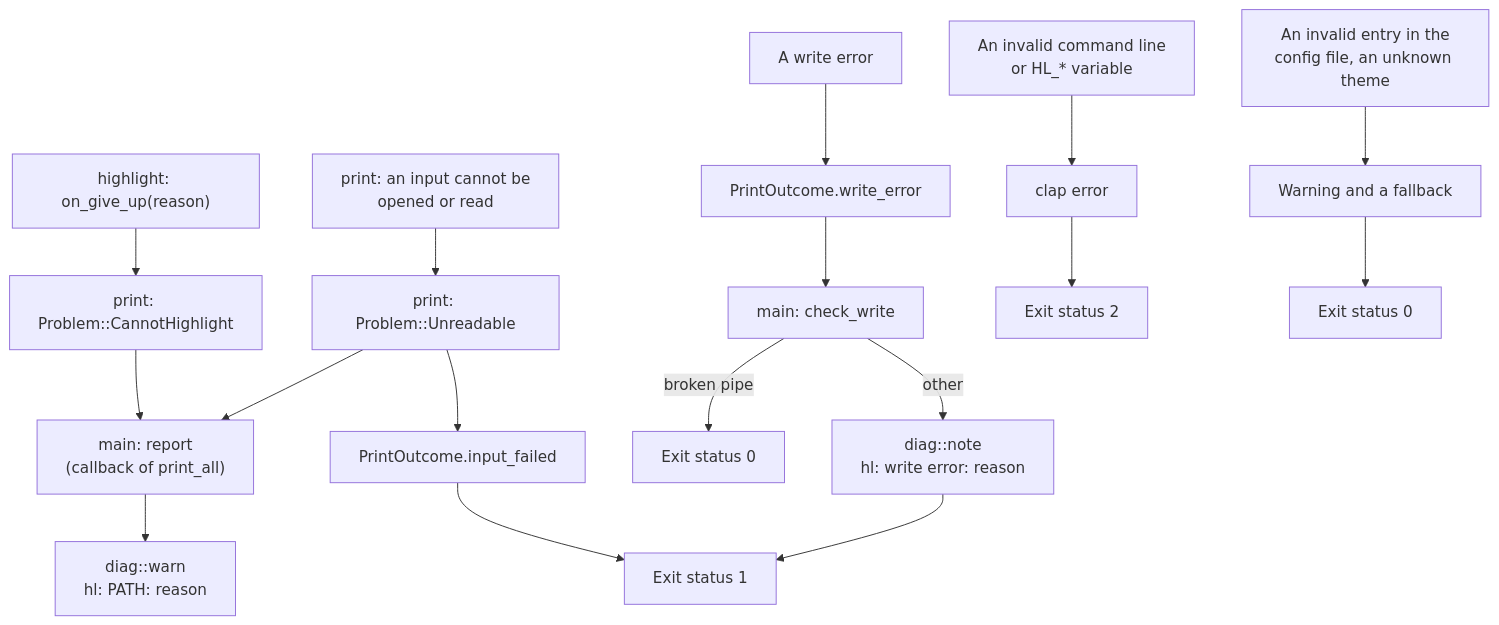
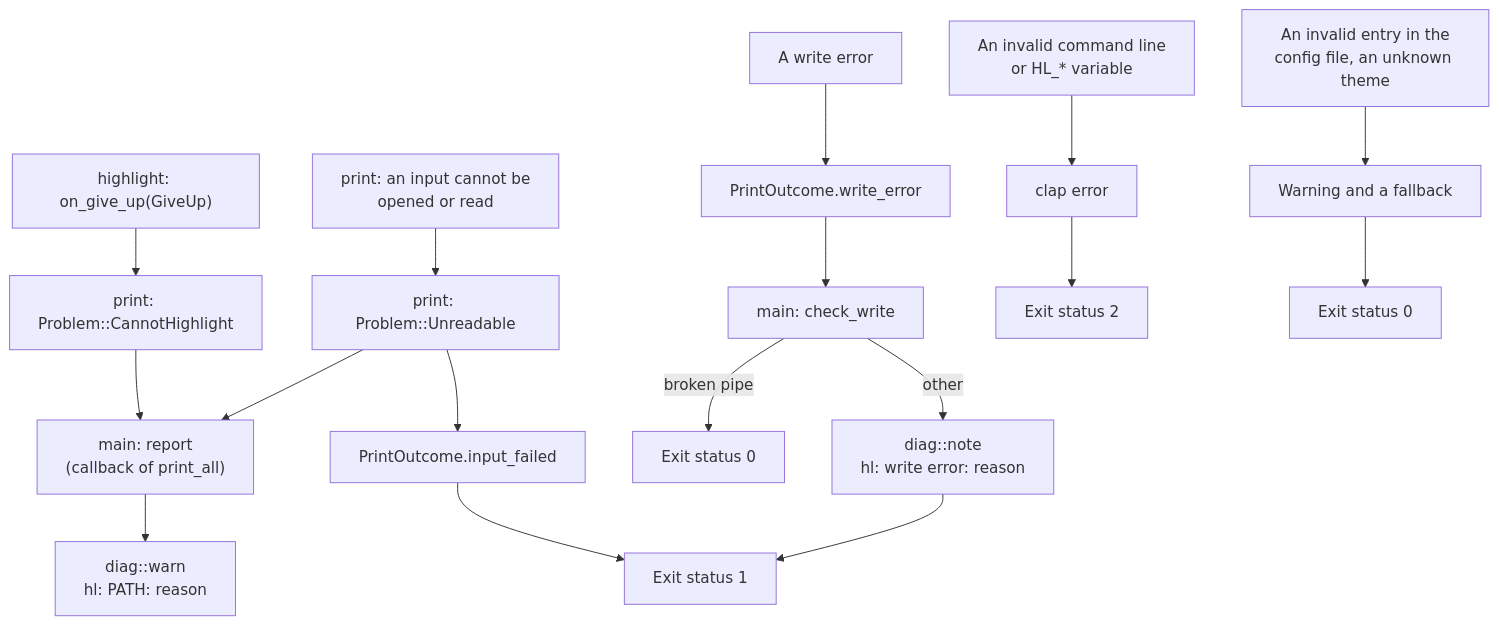
One commit to codemajin/hl changed the fourth of 4 diagrams in docs/DESIGN.md. Above: the diagram before and after it, drawn with Mermaid. The commit also changed other lines of this file and 9 other files, not shown here.

````diff
--- a/docs/DESIGN.md
+++ b/docs/DESIGN.md
@@ -123,19 +124,19 @@
 ```mermaid
 flowchart TD
-    giveup["highlight: on_give_up(reason)"] --> cannot["print: Problem::CannotHighlight"]
+    giveup["highlight: on_give_up(GiveUp)"] --> cannot["print: Problem::CannotHighlight"]
     unreadable["print: an input cannot be<br/>opened or read"] --> unread["print: Problem::Unreadable"]
     cannot --> report["main: report<br/>(callback of print_all)"]
     unread --> report
     report --> warn["diag::warn<br/>hl: PATH: reason"]
     unread --> failed["PrintOutcome.input_failed"]
     failed --> one["Exit status 1"]
     write["A write error"] --> outcome["PrintOutcome.write_error"]
     outcome --> check["main: check_write"]
     check -->|broken pipe| zero["Exit status 0"]
     check -->|other| note["diag::note<br/>hl: write error: reason"]
     note --> one
     usage["An invalid command line<br/>or HL_* variable"] --> clap["clap error"]
     clap --> two["Exit status 2"]
     config["An invalid entry in the<br/>config file, an unknown theme"] --> fallback["Warning and a fallback"]
     fallback --> zero2["Exit status 0"]
 ```
````
